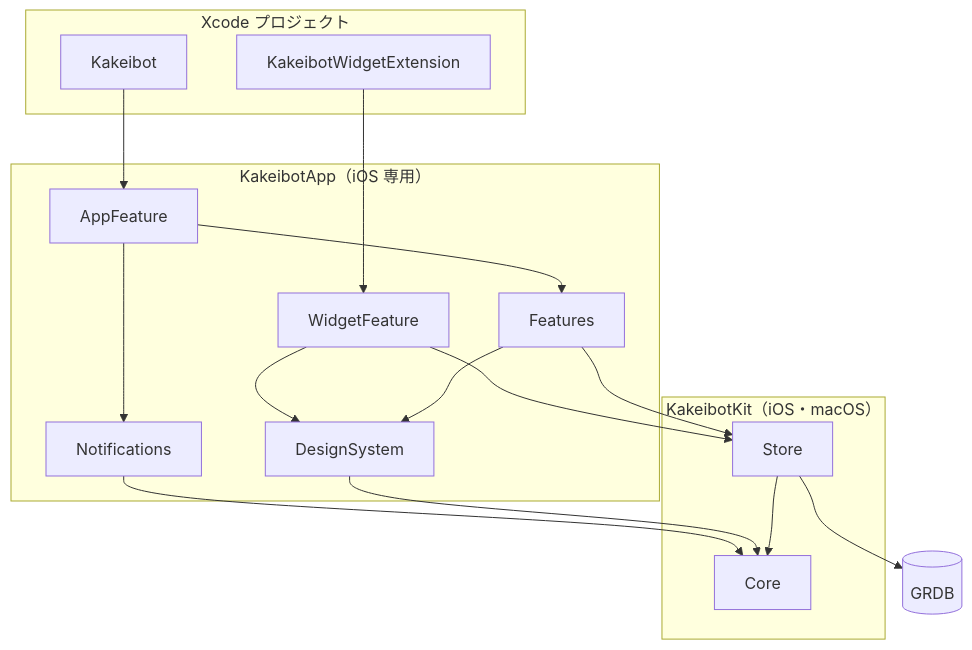
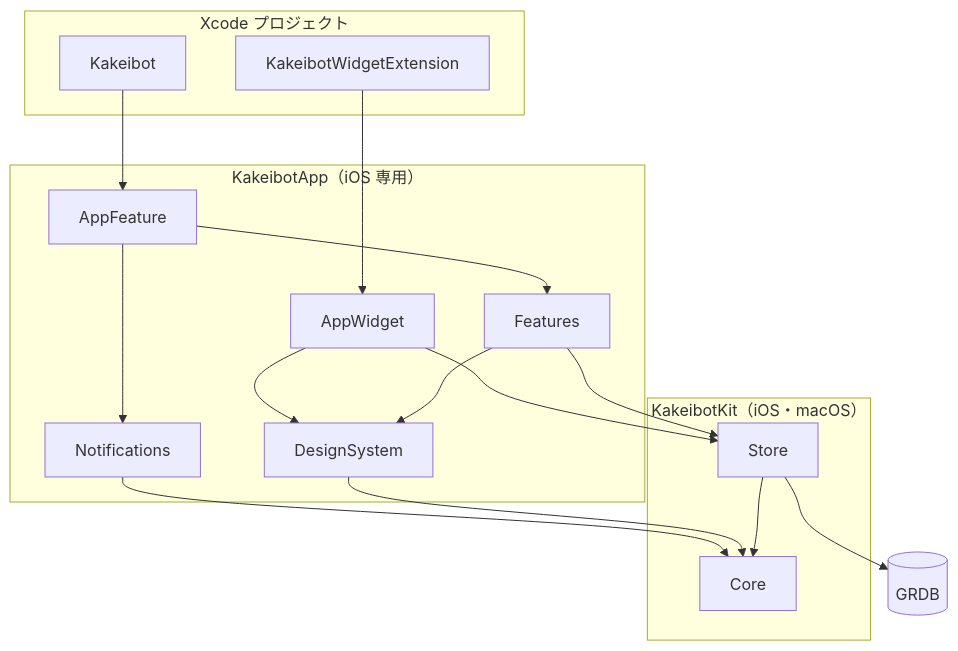
One commit to yossibank/kakeibot changed the first of 2 diagrams in docs/architecture.md. Above: the diagram before and after it, drawn with Mermaid. The commit also changed other lines of this file and 43 other files, not shown here.

````diff
--- a/docs/architecture.md
+++ b/docs/architecture.md
@@ -181,32 +181,32 @@
 ```mermaid
 flowchart TB
     subgraph xcode["Xcode プロジェクト"]
         App["Kakeibot"]
         Widget["KakeibotWidgetExtension"]
     end
     subgraph app["KakeibotApp（iOS 専用）"]
         AppFeature
-        WidgetFeature
+        AppWidget
         Features
         Notifications
         DesignSystem
     end
     subgraph kit["KakeibotKit（iOS・macOS）"]
         Store
         Core
     end
     GRDB[("GRDB")]
 
     App --> AppFeature
-    Widget --> WidgetFeature
+    Widget --> AppWidget
     AppFeature --> Features
     AppFeature --> Notifications
-    WidgetFeature --> Store
-    WidgetFeature --> DesignSystem
+    AppWidget --> Store
+    AppWidget --> DesignSystem
     Features --> Store
     Features --> DesignSystem
     Notifications --> Core
     DesignSystem --> Core
     Store --> Core
     Store --> GRDB
 ```
````
